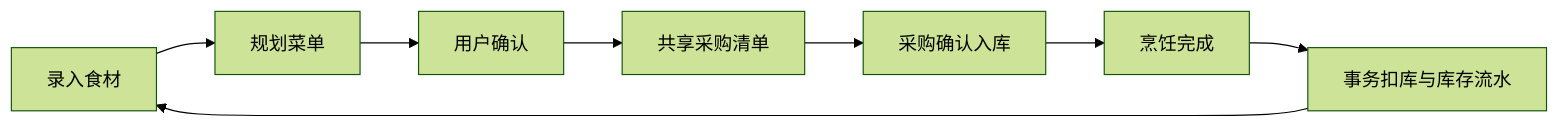
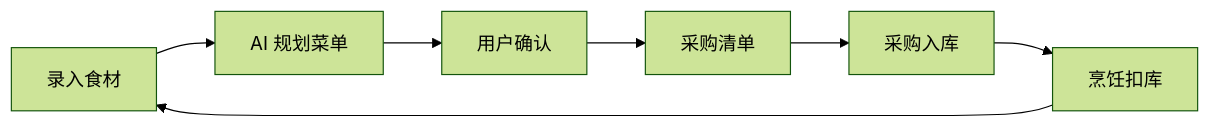
One commit to link1ks/FoodFlow changed the first of 2 diagrams in README.md. Above: the diagram before and after it, drawn with Mermaid (forest theme). The commit also changed other lines of this file, not shown here.

````diff
--- a/README.md
+++ b/README.md
@@ -16,10 +7,9 @@
 ```mermaid
 flowchart LR
-    A[录入食材] --> B[规划菜单]
+    A[录入食材] --> B[AI 规划菜单]
     B --> C[用户确认]
-    C --> D[共享采购清单]
-    D --> E[采购确认入库]
-    E --> F[烹饪完成]
-    F --> G[事务扣库与库存流水]
-    G --> A
+    C --> D[采购清单]
+    D --> E[采购入库]
+    E --> F[烹饪扣库]
+    F --> A
 ```
````
